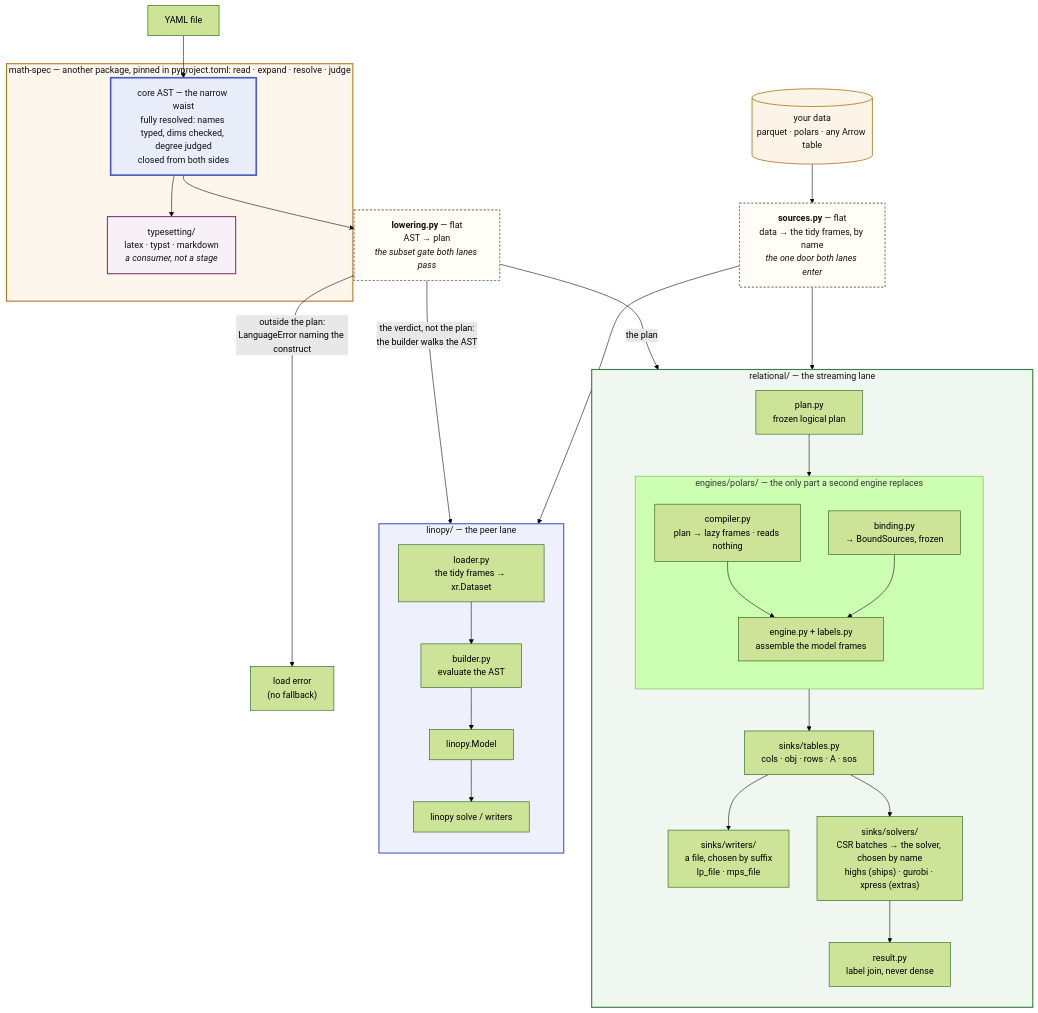
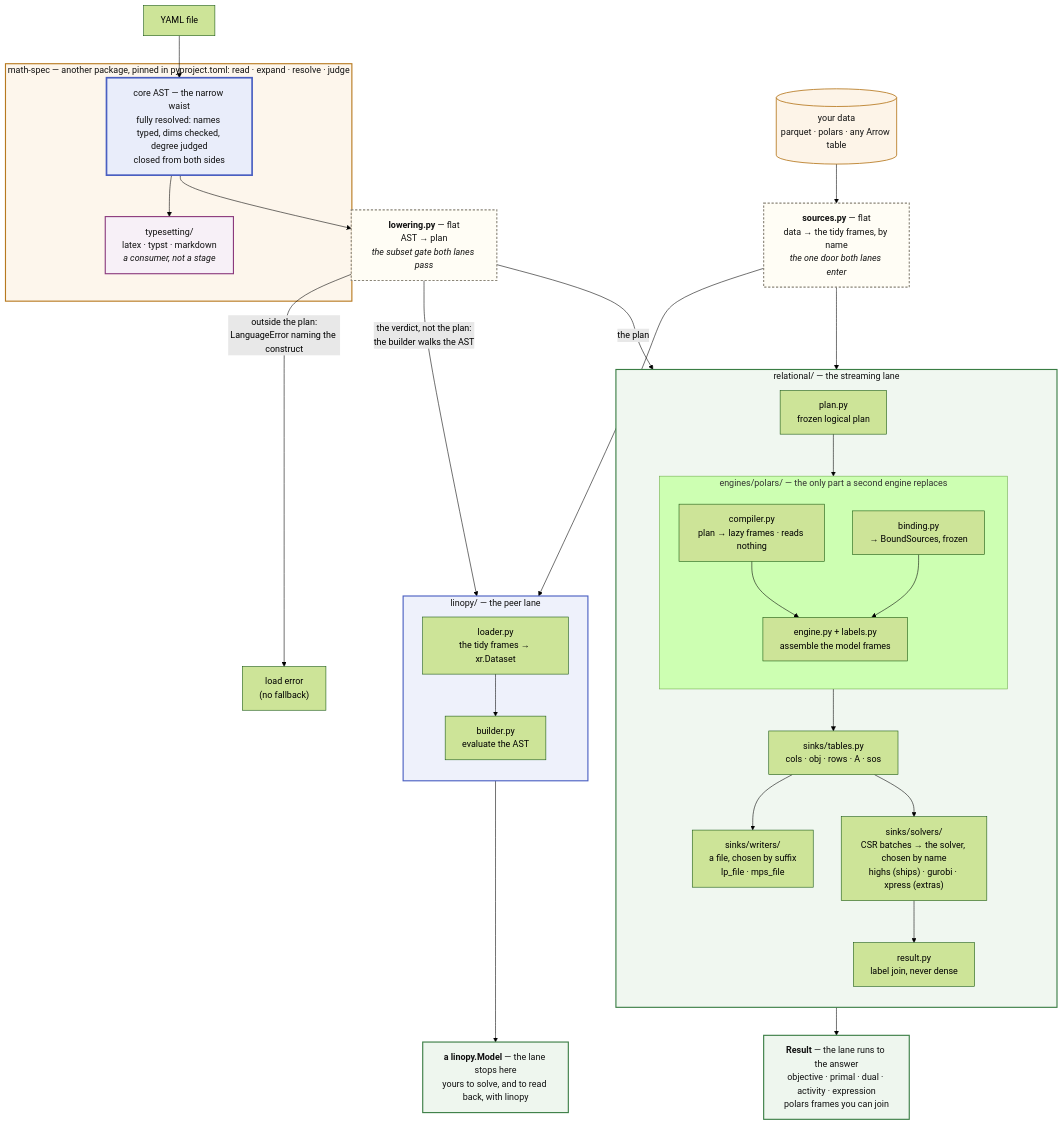
One commit to FBumann/linopy-yaml changed the first of 2 diagrams in docs/about/architecture.md. Above: the diagram before and after it, drawn with Mermaid (forest theme). The commit also changed other lines of this file, not shown here.

Commit message:
docs(architecture): the drawing says what each lane hands back, which is not the same thing

````diff
--- a/docs/about/architecture.md
+++ b/docs/about/architecture.md
@@ -73,58 +73,63 @@
 ```mermaid
 flowchart TB
     Y[YAML file] --> AST
     DATA[("your data<br/>parquet · polars · any Arrow table")] --> SRC
 
     subgraph MS["math-spec — another package, pinned in pyproject.toml: read · expand · resolve · judge"]
         AST["core AST — the narrow waist<br/>fully resolved: names typed, dims checked, degree judged<br/>closed from both sides"]
         AST --> TS["typesetting/<br/>latex · typst · markdown<br/><i>a consumer, not a stage</i>"]
     end
 
     AST --> LOWER
     %% layout only: puts the two seams on one rank
     AST ~~~ SRC
 
     LOWER["<b>lowering.py</b> — flat<br/>AST → plan<br/><i>the subset gate both lanes pass</i>"]
     SRC["<b>sources.py</b> — flat<br/>data → the tidy frames, by name<br/><i>the one door both lanes enter</i>"]
 
     LOWER -->|"outside the plan:<br/>LanguageError naming the construct"| ERR["load error<br/>(no fallback)"]
     LOWER -->|"the plan"| PLAN
     SRC --> BIND
     LOWER -->|"the verdict, not the plan:<br/>the builder walks the AST"| BUILD
     SRC --> LOAD
 
     subgraph REL["relational/ — the streaming lane"]
         direction TB
         PLAN["plan.py<br/>frozen logical plan"] --> ENG
         subgraph ENG["engines/polars/ — the only part a second engine replaces"]
             direction TB
             COMP["compiler.py<br/>plan → lazy frames · reads nothing"] --> ENGINE
             BIND["binding.py<br/>→ BoundSources, frozen"] --> ENGINE["engine.py + labels.py<br/>assemble the model frames"]
         end
         ENG --> TABLES["sinks/tables.py<br/>cols · obj · rows · A · sos"]
         TABLES --> LPS["sinks/writers/<br/>a file, chosen by suffix<br/>lp_file · mps_file"]
         TABLES --> DIRECT["sinks/solvers/<br/>CSR batches → the solver, chosen by name<br/>highs (ships) · gurobi · xpress (extras)"]
         DIRECT --> SOL["result.py<br/>label join, never dense"]
     end
 
+    SOL --> ANS["<b>Result</b> — the lane runs to the answer<br/>objective · primal · dual · activity · expression<br/>polars frames you can join"]
+
     subgraph LIN["linopy/ — the peer lane"]
         direction TB
         LOAD["loader.py<br/>the tidy frames → xr.Dataset"] --> BUILD["builder.py<br/>evaluate the AST"]
-        BUILD --> MODEL[linopy.Model] --> SOLVE["linopy solve / writers"]
     end
+
+    BUILD --> MODEL["<b>a linopy.Model</b> — the lane stops here<br/>yours to solve, and to read back, with linopy"]
 
     classDef laneL fill:#fdf6ec,stroke:#b7791f,stroke-width:2px,color:#111
     classDef laneR fill:#f0f7f0,stroke:#3a7d44,stroke-width:2px,color:#111
     classDef laneE fill:#eef1fb,stroke:#4a5fc1,stroke-width:2px,color:#111
     classDef laneT fill:#f7f0f7,stroke:#8b3a7d,stroke-width:2px,color:#111
     classDef waist fill:#e9edfa,stroke:#4a5fc1,stroke-width:3px,color:#111
     classDef flat fill:#fffdf5,stroke:#8a8578,stroke-width:2px,stroke-dasharray:4 3,color:#111
     classDef data fill:#fdf4e8,stroke:#b7791f,stroke-width:1.5px,color:#111
+    classDef out fill:#eef6ee,stroke:#3a7d44,stroke-width:2px,color:#111
     class MS laneL
     class REL laneR
     class LIN laneE
     class TS laneT
     class AST waist
     class LOWER,SRC flat
     class DATA data
+    class ANS,MODEL out
 ```
````
